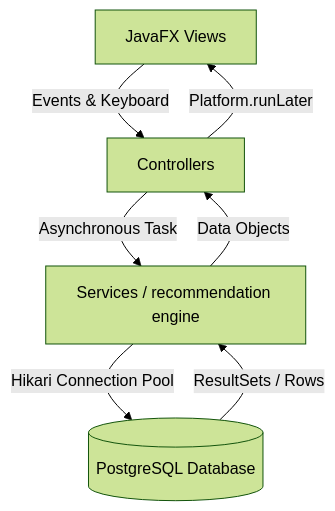
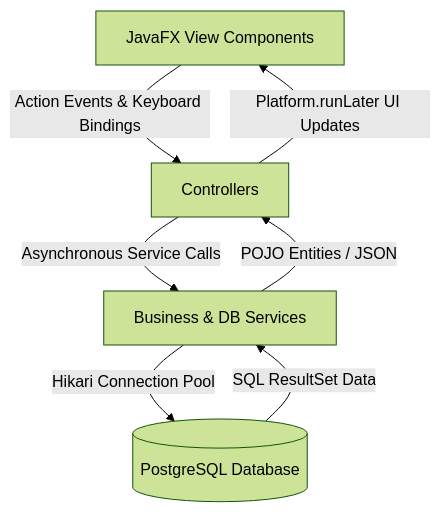
One commit to iam-abhay/MoodFlix changed the first of 2 diagrams in README.md. Above: the diagram before and after it, drawn with Mermaid (forest theme). The commit also changed other lines of this file, not shown here.

````diff
--- a/README.md
+++ b/README.md
@@ -54,9 +68,9 @@
 ```mermaid
 graph TD
-    View[JavaFX Views] -->|Events & Keyboard| Controller[Controllers]
-    Controller -->|Asynchronous Task| Service[Services / recommendation engine]
+    View[JavaFX View Components] -->|Action Events & Keyboard Bindings| Controller[Controllers]
+    Controller -->|Asynchronous Service Calls| Service[Business & DB Services]
     Service -->|Hikari Connection Pool| DB[(PostgreSQL Database)]
-    DB -->|ResultSets / Rows| Service
-    Service -->|Data Objects| Controller
-    Controller -->|Platform.runLater| View
+    DB -->|SQL ResultSet Data| Service
+    Service -->|POJO Entities / JSON| Controller
+    Controller -->|Platform.runLater UI Updates| View
 ```
````
